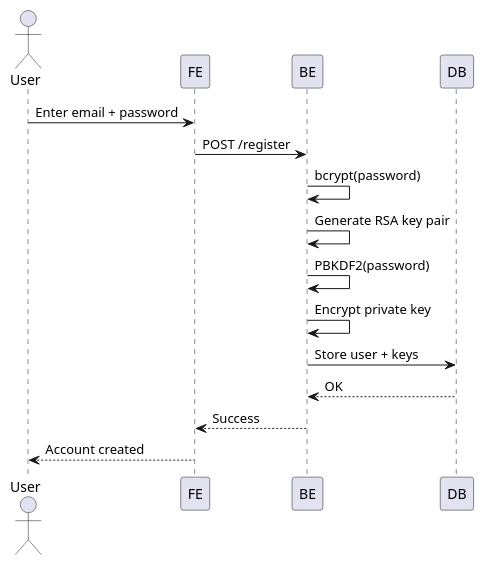
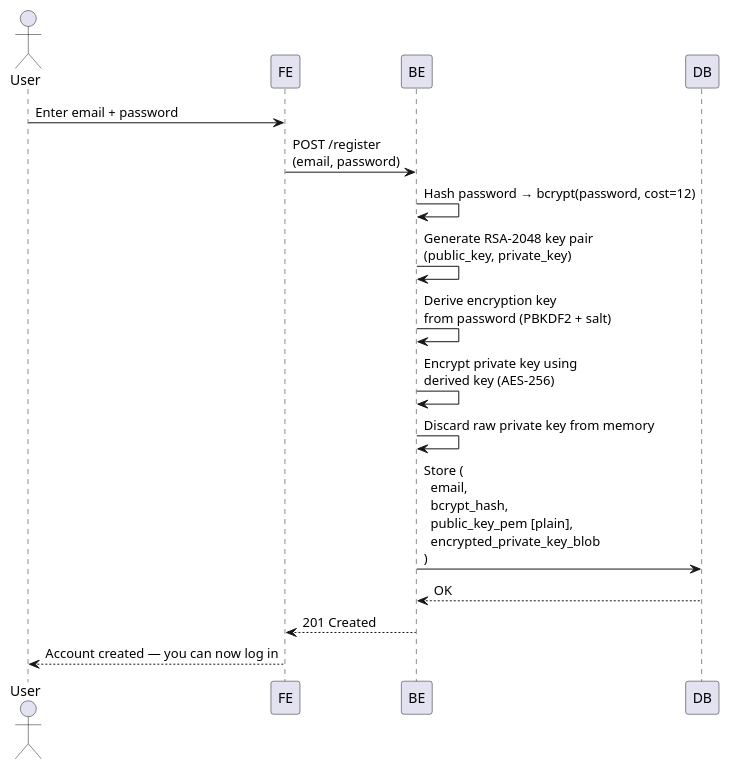
Before and after one commit to codedsami/SOEN-321-Project: the diagram in docs/plantuml/us-1-register-user.puml, drawn with PlantUML. The commit also changed 9 other files, not shown here.

```diff
--- a/docs/plantuml/us-1-register-user.puml
+++ b/docs/plantuml/us-1-register-user.puml
@@ -1,21 +1,22 @@
 @startuml
 actor User
 participant FE
 participant BE
 participant DB
 
 User -> FE : Enter email + password
-FE -> BE : POST /register
 
-BE -> BE : bcrypt(password)
-BE -> BE : Generate RSA key pair
-BE -> BE : PBKDF2(password)
-BE -> BE : Encrypt private key
+FE -> BE : POST /register\n(email, password)
 
-BE -> DB : Store user + keys
+BE -> BE : Hash password → bcrypt(password, cost=12)
+BE -> BE : Generate RSA-2048 key pair\n(public_key, private_key)
+BE -> BE : Derive encryption key\nfrom password (PBKDF2 + salt)
+BE -> BE : Encrypt private key using\nderived key (AES-256)
+BE -> BE : Discard raw private key from memory
+
+BE -> DB : Store (\n  email,\n  bcrypt_hash,\n  public_key_pem [plain],\n  encrypted_private_key_blob\n)
 DB --> BE : OK
 
-BE --> FE : Success
-FE --> User : Account created
-
+BE --> FE : 201 Created
+FE --> User : Account created — you can now log in
 @enduml
```
